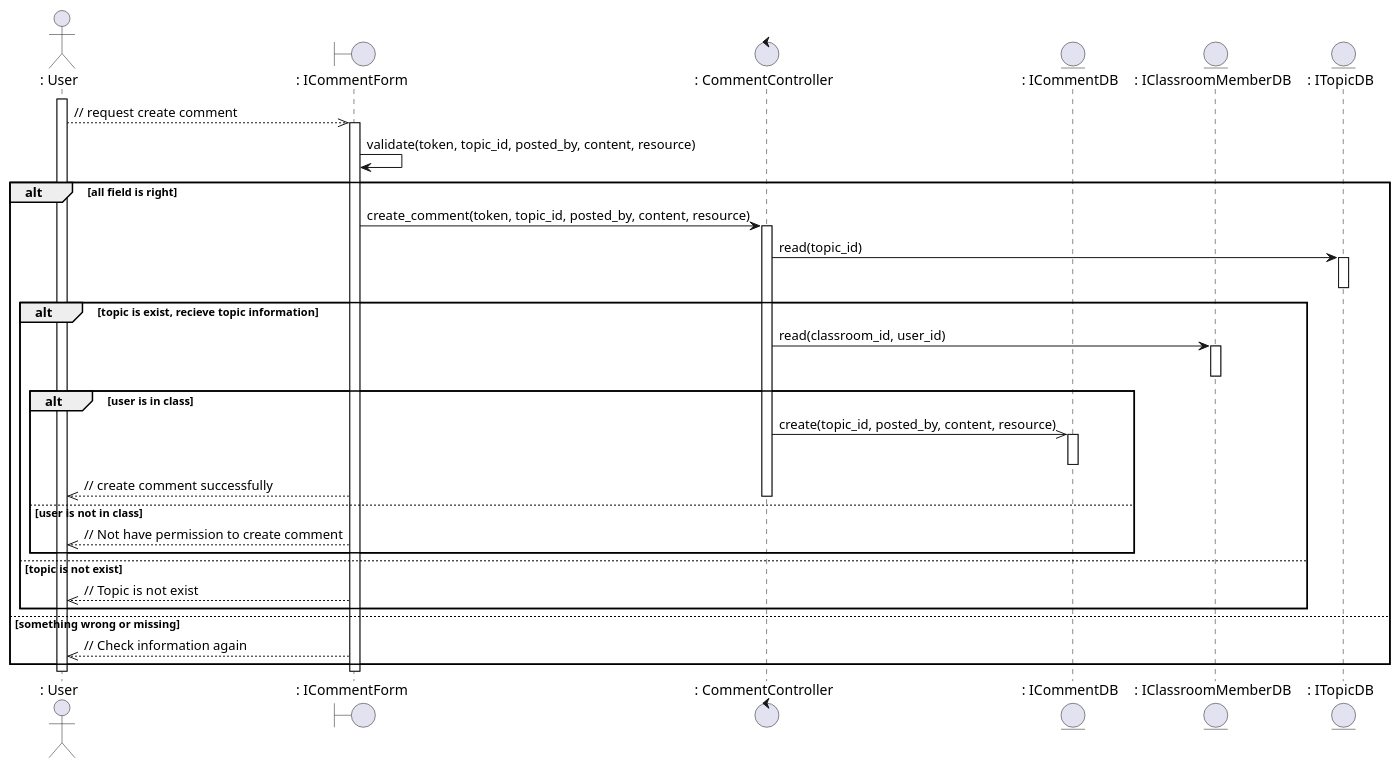
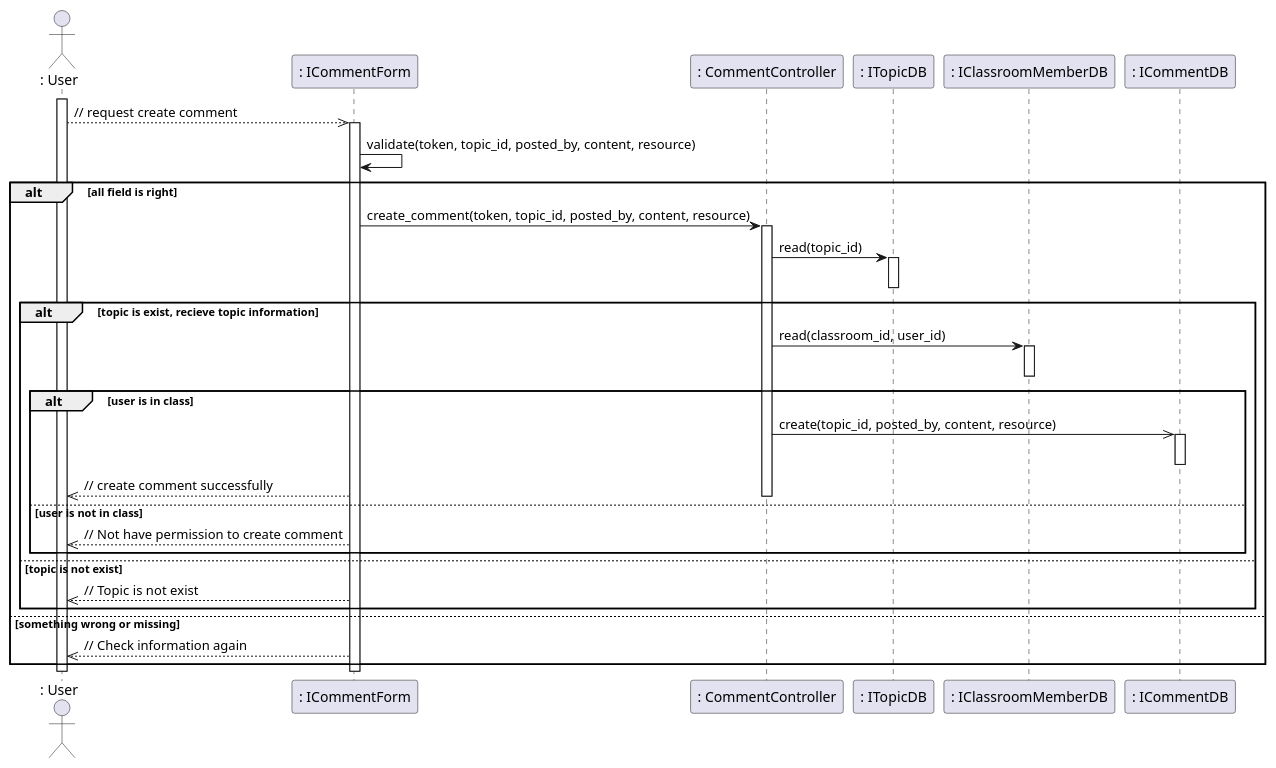
One commit to anonyhostvn/OOAD-Diagram changed the diagram in sequence - design/comment/createComment.plantuml. Above: the diagram before and after it, drawn with PlantUML. The commit also changed 7 other files, not shown here.

Commit message:
fix sequence design actor icon

```diff
--- a/sequence - design/comment/createComment.plantuml
+++ b/sequence - design/comment/createComment.plantuml
@@ -1,47 +1,42 @@
 @startuml createComment
 
 actor ": User"
-boundary ": ICommentForm"
-control ": CommentController"
-entity ": ICommentDB"
-entity ": IClassroomMemberDB"
-entity ": ITopicDB"
 
 activate ": User"
 
 ": User" -->> ": ICommentForm": // request create comment 
 activate ": ICommentForm"
 ": ICommentForm" -> ": ICommentForm": validate(token, topic_id, posted_by, content, resource)
 alt all field is right
     ": ICommentForm" -> ": CommentController": create_comment(token, topic_id, posted_by, content, resource)
     activate ": CommentController"
     ": CommentController" -> ": ITopicDB": read(topic_id)
     activate ": ITopicDB"
     deactivate ": ITopicDB"
 
     alt topic is exist, recieve topic information
         ": CommentController" -> ": IClassroomMemberDB": read(classroom_id, user_id)
         activate ": IClassroomMemberDB"
         deactivate ": IClassroomMemberDB"
         alt user is in class
             ": CommentController" ->> ": ICommentDB": create(topic_id, posted_by, content, resource)
             activate ": ICommentDB"
             deactivate ": ICommentDB"
             ": ICommentForm" -->> ": User": // create comment successfully
         else user is not in class
             deactivate ": CommentController"
             ": ICommentForm" -->> ": User": // Not have permission to create comment
         end
     else topic is not exist
         ": ICommentForm" -->> ": User": // Topic is not exist
     end
 else something wrong or missing
     ": ICommentForm" -->> ": User": // Check information again
 end
 
 
 deactivate ": User"
 deactivate ": ICommentForm"
 
 
 @enduml
```
